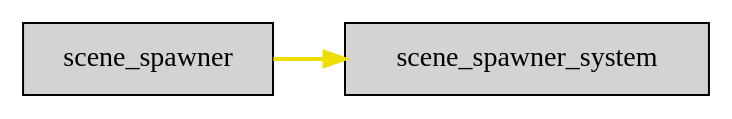
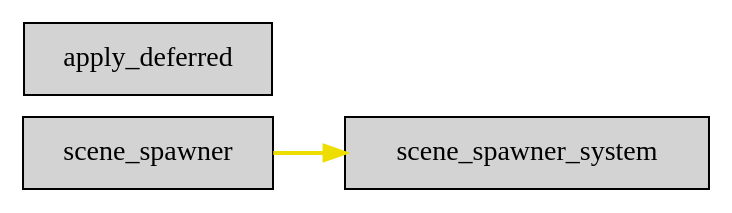
The diagram in docs/schedule/light/schedule_SpawnScene.dot (jakobhellermann/bevy_mod_debugdump), drawn with Graphviz before and after one commit. The commit also changed 58 other files, not shown here.

```diff
--- a/docs/schedule/light/schedule_SpawnScene.dot
+++ b/docs/schedule/light/schedule_SpawnScene.dot
@@ -1,13 +1,14 @@
 digraph "" {
 	"compound"="true";
 	"splines"="spline";
 	"rankdir"="LR";
 	"bgcolor"="white";
 	"fontname"="Helvetica";
 	"nodesep"="0.15";
 	edge ["penwidth"="2"];
 	node ["shape"="box", "style"="filled"];
 	"node_System(0)" ["label"="scene_spawner", "tooltip"="bevy_scene::bundle::scene_spawner"]
 	"node_System(1)" ["label"="scene_spawner_system", "tooltip"="bevy_scene::scene_spawner::scene_spawner_system"]
+	"node_System(2)" ["label"="apply_deferred", "tooltip"="bevy_ecs::schedule::executor::apply_deferred"]
 	"node_System(0)" -> "node_System(1)" ["lhead"="", "ltail"="", "tooltip"="scene_spawner → scene_spawner_system", "color"="#eede00"]
 }
```
